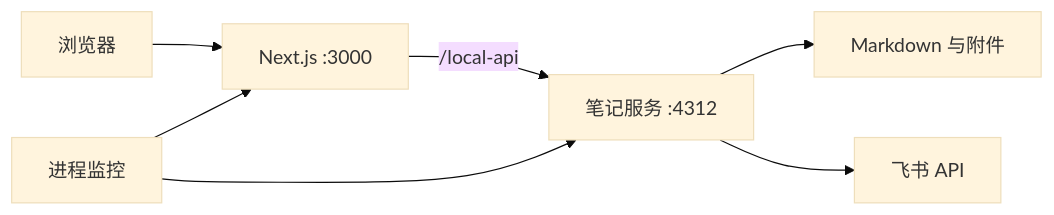
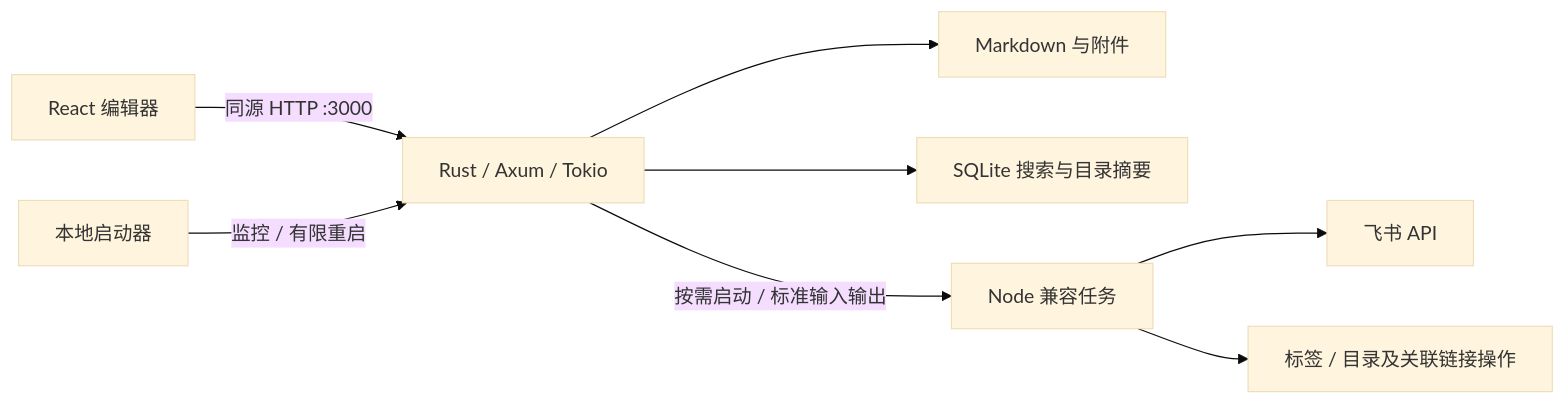
The diagram in docs/production.md (ynnzhang/knowledgeBase), drawn with Mermaid (base theme) before and after one commit. The commit also changed other lines of this file and 33 other files, not shown here.

````diff
--- a/docs/production.md
+++ b/docs/production.md
@@ -7,9 +7,10 @@
 ```mermaid
 flowchart LR
-  Browser[浏览器] --> Site[Next.js :3000]
-  Site -->|/local-api| API[笔记服务 :4312]
-  API --> Vault[Markdown 与附件]
-  API --> Feishu[飞书 API]
-  Supervisor[进程监控] --> Site
-  Supervisor --> API
+  Browser[React 编辑器] -->|同源 HTTP :3000| Rust[Rust / Axum / Tokio]
+  Rust --> Vault[Markdown 与附件]
+  Rust --> Index[SQLite 搜索与目录摘要]
+  Rust -->|按需启动 / 标准输入输出| Compat[Node 兼容任务]
+  Compat --> Feishu[飞书 API]
+  Compat --> Files[标签 / 目录及关联链接操作]
+  Launcher[本地启动器] -->|监控 / 有限重启| Rust
 ```
````
